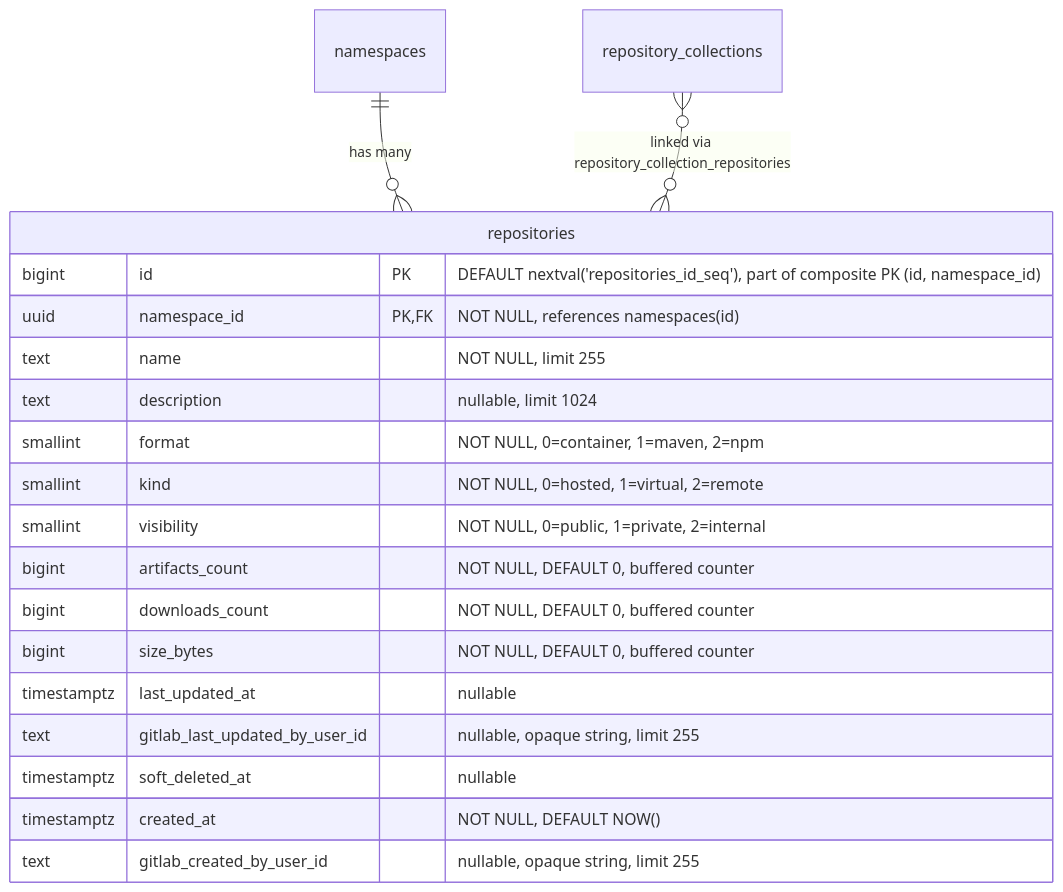
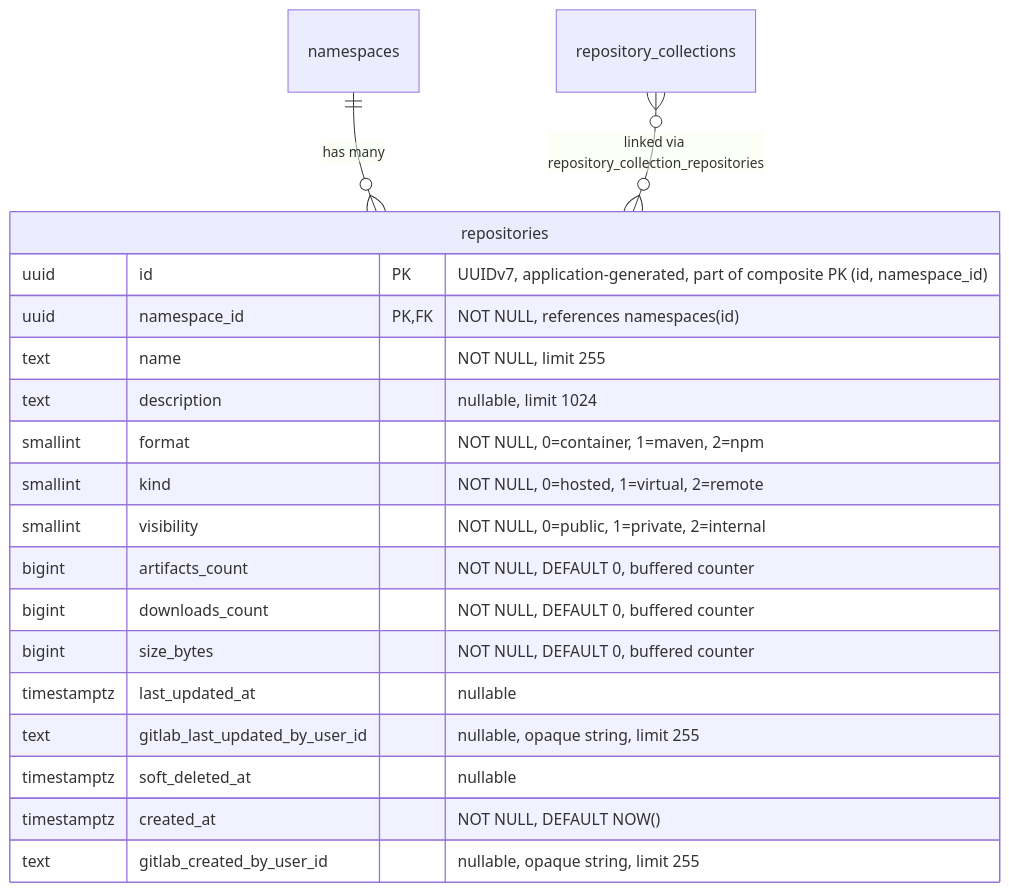
One commit to kyama0/gitlab-handbook-ja changed the third of 19 diagrams in content/handbook/engineering/architecture/design-documents/artifact_registry/decisions/007_database_schema.md. Above: the diagram before and after it, drawn with Mermaid. The commit also changed other lines of this file and 105 other files, not shown here.

````diff
--- a/content/handbook/engineering/architecture/design-documents/artifact_registry/decisions/007_database_schema.md
+++ b/content/handbook/engineering/architecture/design-documents/artifact_registry/decisions/007_database_schema.md
@@ -145,23 +149,23 @@
 ```mermaid
 erDiagram
     namespaces ||--o{ repositories : "has many"
     repository_collections }o--o{ repositories : "linked via repository_collection_repositories"
 
     repositories {
-        bigint id PK "DEFAULT nextval('repositories_id_seq'), part of composite PK (id, namespace_id)"
+        uuid id PK "UUIDv7, application-generated, part of composite PK (id, namespace_id)"
         uuid namespace_id PK,FK "NOT NULL, references namespaces(id)"
         text name "NOT NULL, limit 255"
         text description "nullable, limit 1024"
         smallint format "NOT NULL, 0=container, 1=maven, 2=npm"
         smallint kind "NOT NULL, 0=hosted, 1=virtual, 2=remote"
         smallint visibility "NOT NULL, 0=public, 1=private, 2=internal"
         bigint artifacts_count "NOT NULL, DEFAULT 0, buffered counter"
         bigint downloads_count "NOT NULL, DEFAULT 0, buffered counter"
         bigint size_bytes "NOT NULL, DEFAULT 0, buffered counter"
         timestamptz last_updated_at "nullable"
         text gitlab_last_updated_by_user_id "nullable, opaque string, limit 255"
         timestamptz soft_deleted_at "nullable"
         timestamptz created_at "NOT NULL, DEFAULT NOW()"
         text gitlab_created_by_user_id "nullable, opaque string, limit 255"
     }
 ```
````
